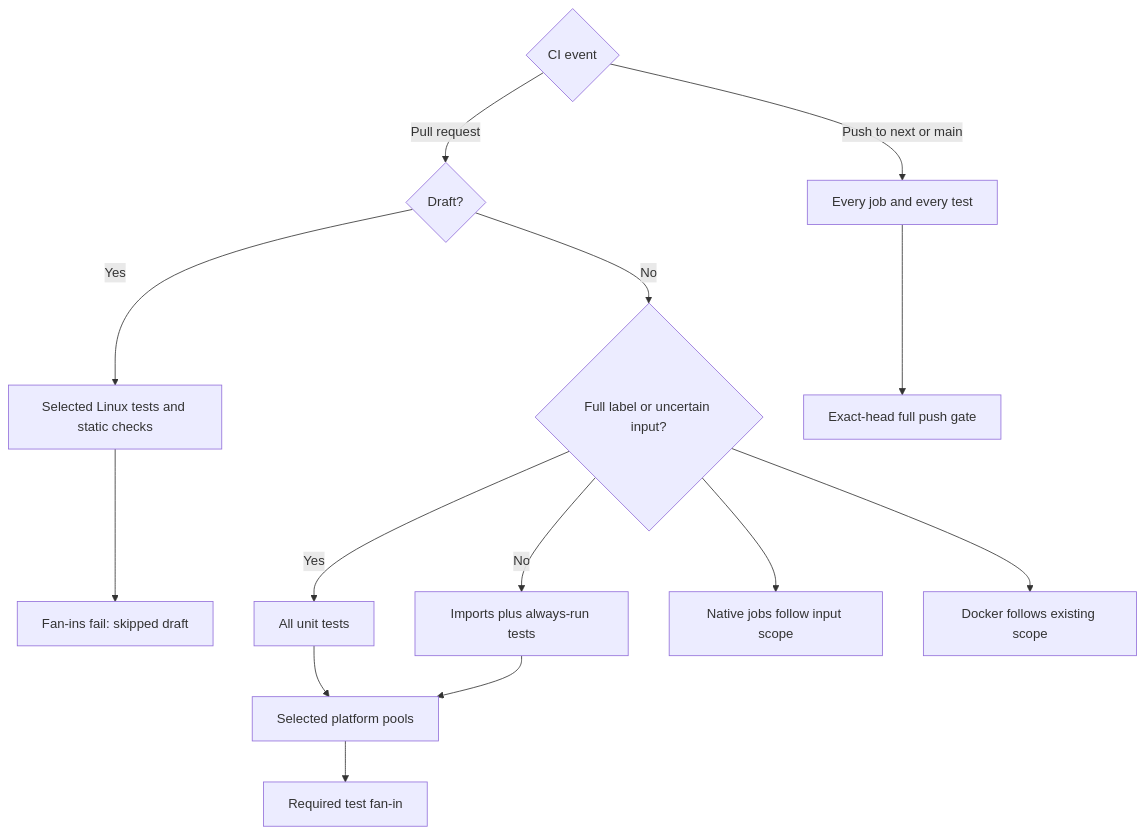
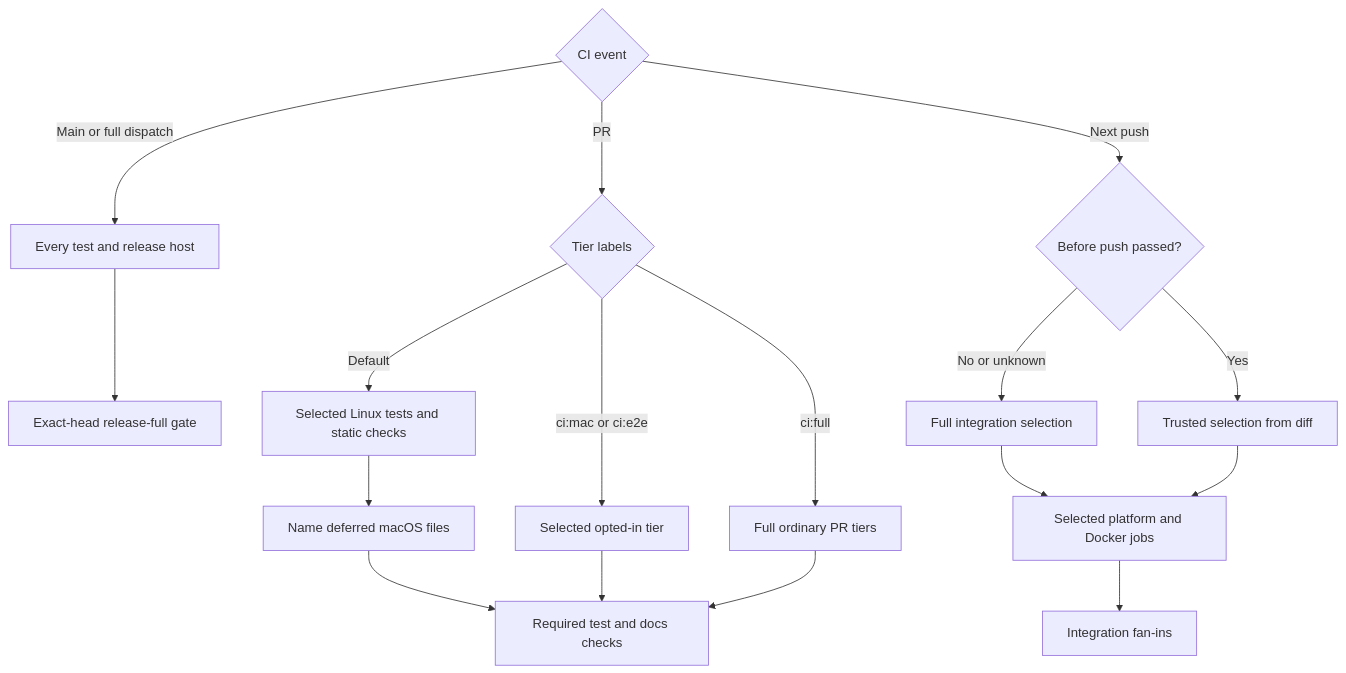
The diagram in docs/reference/ci-test-selection.mmd (hack-dance/hack), drawn with Mermaid before and after one commit. The commit also changed 19 other files, not shown here.

Commit message:
ci: make PR checks light and coalesce next integration runs

```diff
--- a/docs/reference/ci-test-selection.mmd
+++ b/docs/reference/ci-test-selection.mmd
@@ -1,18 +1,21 @@
 flowchart TD
   event{CI event}
-  event -->|Push to next or main| full[Every job and every test]
-  event -->|Pull request| draft{Draft?}
-  draft -->|Yes| light[Selected Linux tests and static checks]
-  light --> blocked[Fan-ins fail: skipped draft]
-  draft -->|No| select{Full label or uncertain input?}
-  select -->|Yes| all[All unit tests]
-  select -->|No| imports[Imports plus always-run tests]
-  all --> pools[Selected platform pools]
-  imports --> pools
-  pools --> gate[Required test fan-in]
-  select --> native[Native jobs follow input scope]
-  select --> docker[Docker follows existing scope]
-  full --> release[Exact-head full push gate]
-  class light,pools,full live
-  class blocked fail
-  class gate,release ok
+  event -->|Main or full dispatch| full[Every test and release host]
+  full --> release[Exact-head release-full gate]
+  event -->|PR| labels{Tier labels}
+  labels -->|Default| light[Selected Linux tests and static checks]
+  light --> deferred[Name deferred macOS files]
+  deferred --> prgate[Required test and docs checks]
+  labels -->|ci:mac or ci:e2e| tier[Selected opted-in tier]
+  labels -->|ci:full| allpr[Full ordinary PR tiers]
+  tier --> prgate
+  allpr --> prgate
+  event -->|Next push| before{Before push passed?}
+  before -->|No or unknown| all[Full integration selection]
+  before -->|Yes| select[Trusted selection from diff]
+  all --> integration[Selected platform and Docker jobs]
+  select --> integration
+  integration --> gate[Integration fan-ins]
+  class light,tier,allpr,integration,full live
+  class deferred wait
+  class prgate,gate,release ok
```
